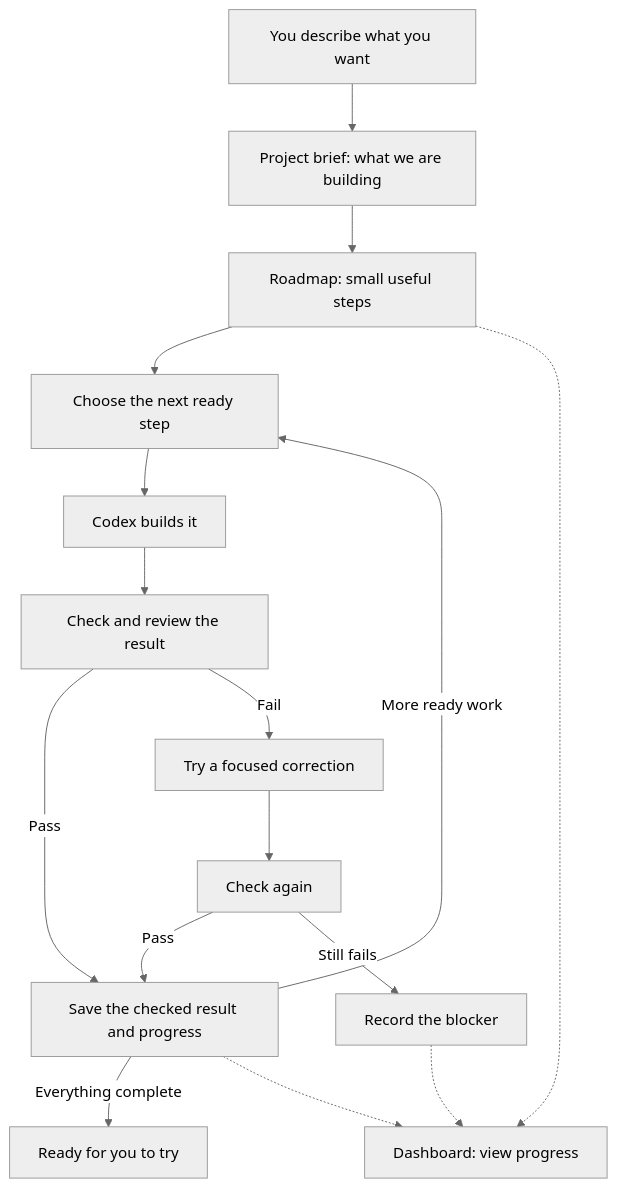
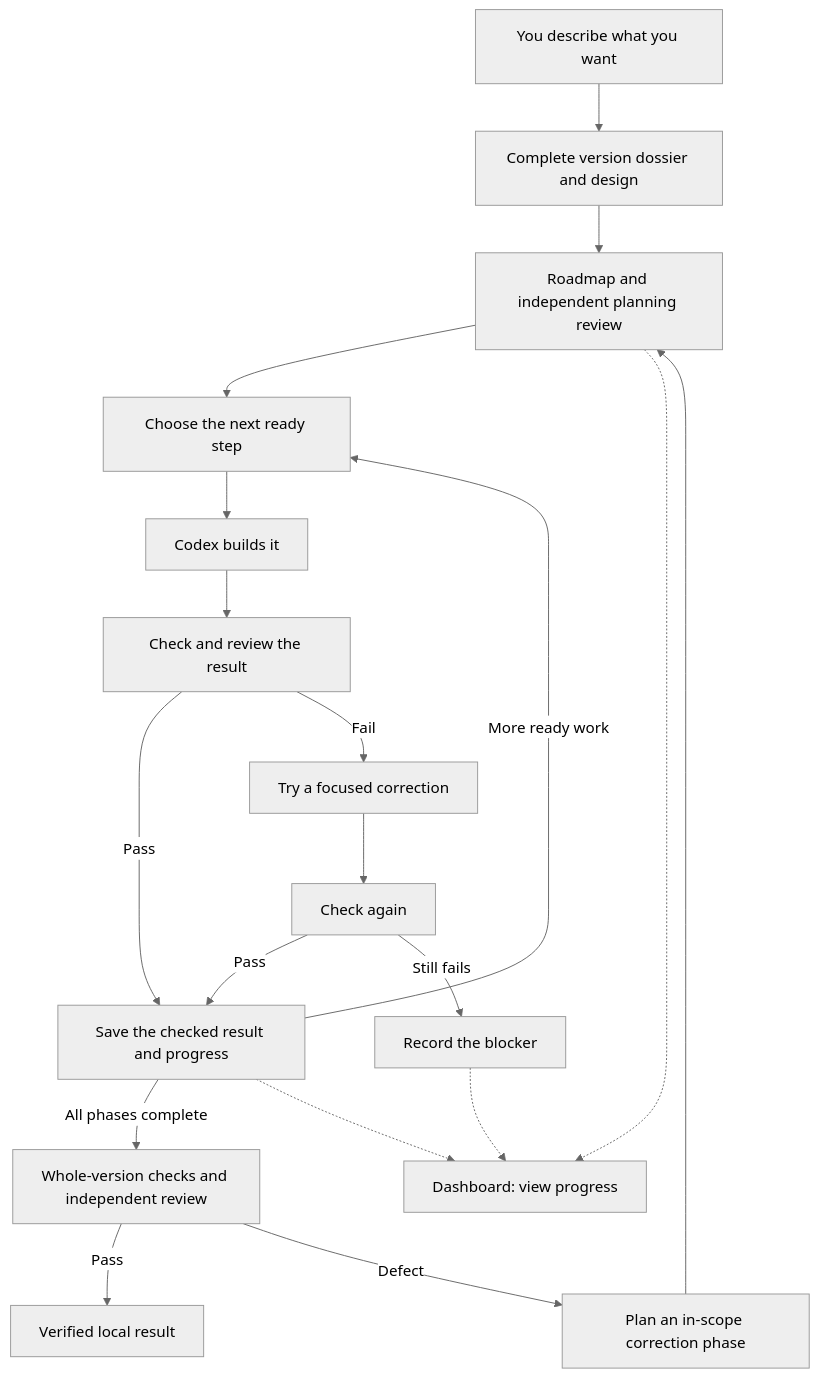
The diagram in README.md (alexadark/riff-codex), drawn with Mermaid (neutral theme) before and after one commit. The commit also changed other lines of this file and 19 other files, not shown here.

Commit message:
feat: gate complete planning and autonomous wave delivery

````diff
--- a/README.md
+++ b/README.md
@@ -37,18 +37,21 @@
 ```mermaid
 flowchart TD
-    You[You describe what you want] --> Brief[Project brief: what we are building]
-    Brief --> Plan[Roadmap: small useful steps]
+    You[You describe what you want] --> Brief[Complete version dossier and design]
+    Brief --> Plan[Roadmap and independent planning review]
     Plan --> Pick[Choose the next ready step]
     Pick --> Build[Codex builds it]
     Build --> Check[Check and review the result]
     Check -->|Pass| Save[Save the checked result and progress]
     Check -->|Fail| Fix[Try a focused correction]
     Fix --> CheckAgain[Check again]
     CheckAgain -->|Pass| Save
     CheckAgain -->|Still fails| Stop[Record the blocker]
     Save -->|More ready work| Pick
-    Save -->|Everything complete| Done[Ready for you to try]
+    Save -->|All phases complete| Final[Whole-version checks and independent review]
+    Final -->|Pass| Done[Verified local result]
+    Final -->|Defect| Correction[Plan an in-scope correction phase]
+    Correction --> Plan
     Plan -.-> View[Dashboard: view progress]
     Save -.-> View
     Stop -.-> View
 ```
````
